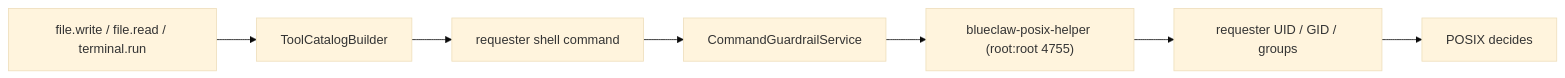
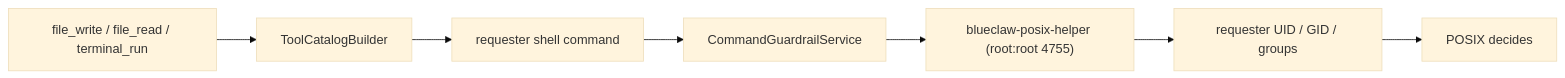
Before and after one commit to Dawn-kim-official/blueclaw: the first of 2 diagrams in docs/architecture.md, drawn with Mermaid (base theme). The commit also changed other lines of this file and 161 other files, not shown here.

````diff
--- a/docs/architecture.md
+++ b/docs/architecture.md
@@ -183,9 +183,9 @@
 ```mermaid
 flowchart LR
-  Tool["file.write / file.read / terminal.run"] --> Catalog["ToolCatalogBuilder"]
+  Tool["file_write / file_read / terminal_run"] --> Catalog["ToolCatalogBuilder"]
   Catalog --> Shell["requester shell command"]
   Shell --> Guardrail["CommandGuardrailService"]
   Guardrail --> Helper["blueclaw-posix-helper (root:root 4755)"]
   Helper --> Requester["requester UID / GID / groups"]
   Requester --> POSIX["POSIX decides"]
 ```
````
